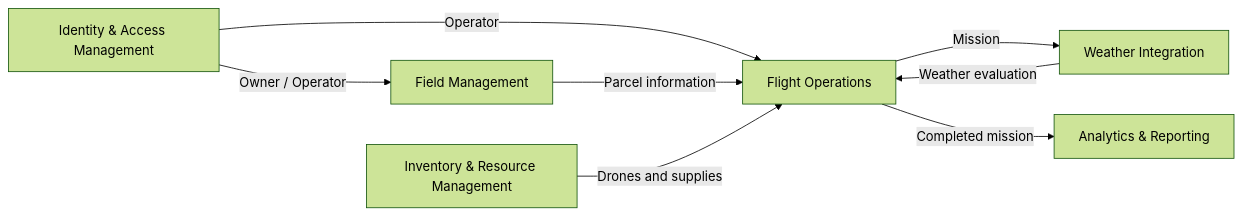
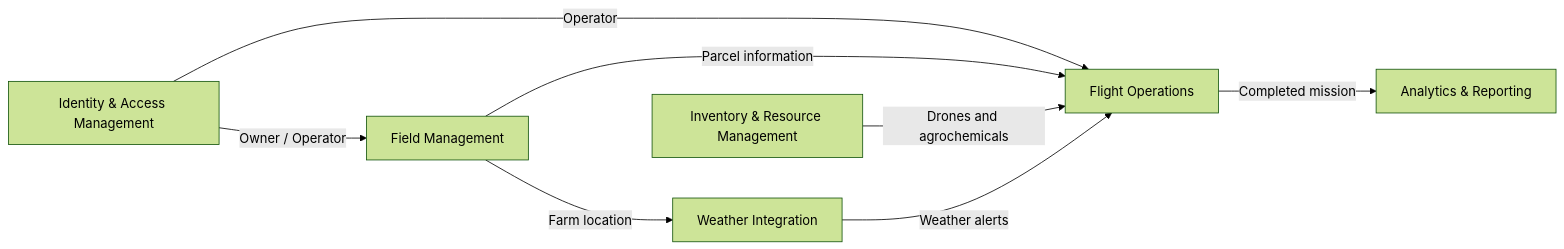
Before and after one commit to Ital0Dmc/Agridron-Report-readme-playground: diagram 20 of 23 in README.md, drawn with Mermaid (forest theme). The commit also changed other lines of this file, not shown here.

First line of the commit message:
docs: align database design with the corrected class diagrams

````diff
--- a/README.md
+++ b/README.md
@@ -3023,16 +3017,16 @@
 ```mermaid
 flowchart LR
     IAM["Identity & Access Management"]
     FM["Field Management"]
     FO["Flight Operations"]
     WI["Weather Integration"]
     AR["Analytics & Reporting"]
     IR["Inventory & Resource Management"]
     IAM -->|"Owner / Operator"| FM
     IAM -->|"Operator"| FO
     FM -->|"Parcel information"| FO
-    IR -->|"Drones and supplies"| FO
-    FO -->|"Mission"| WI
-    WI -->|"Weather evaluation"| FO
+    IR -->|"Drones and agrochemicals"| FO
+    FM -->|"Farm location"| WI
+    WI -->|"Weather alerts"| FO
     FO -->|"Completed mission"| AR
 ```
````
